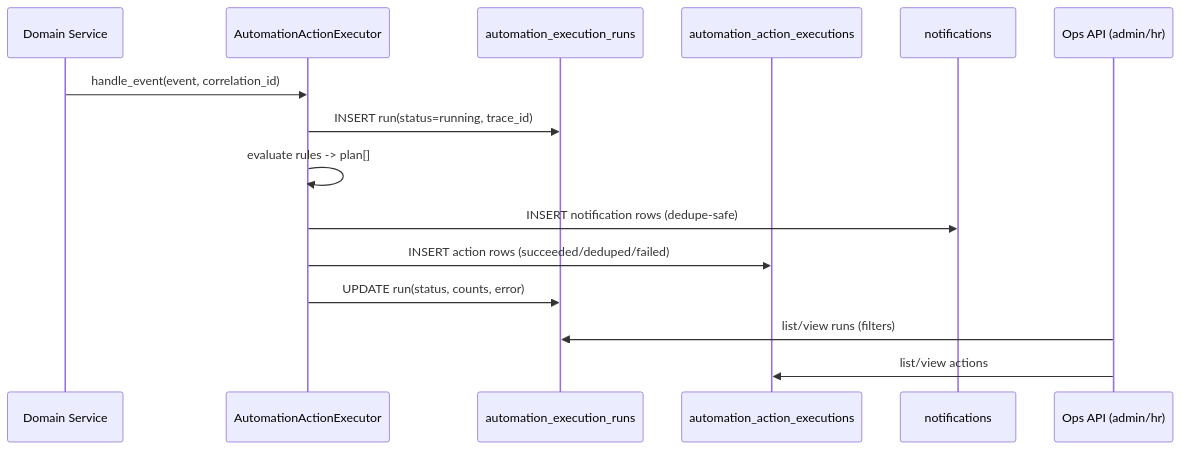
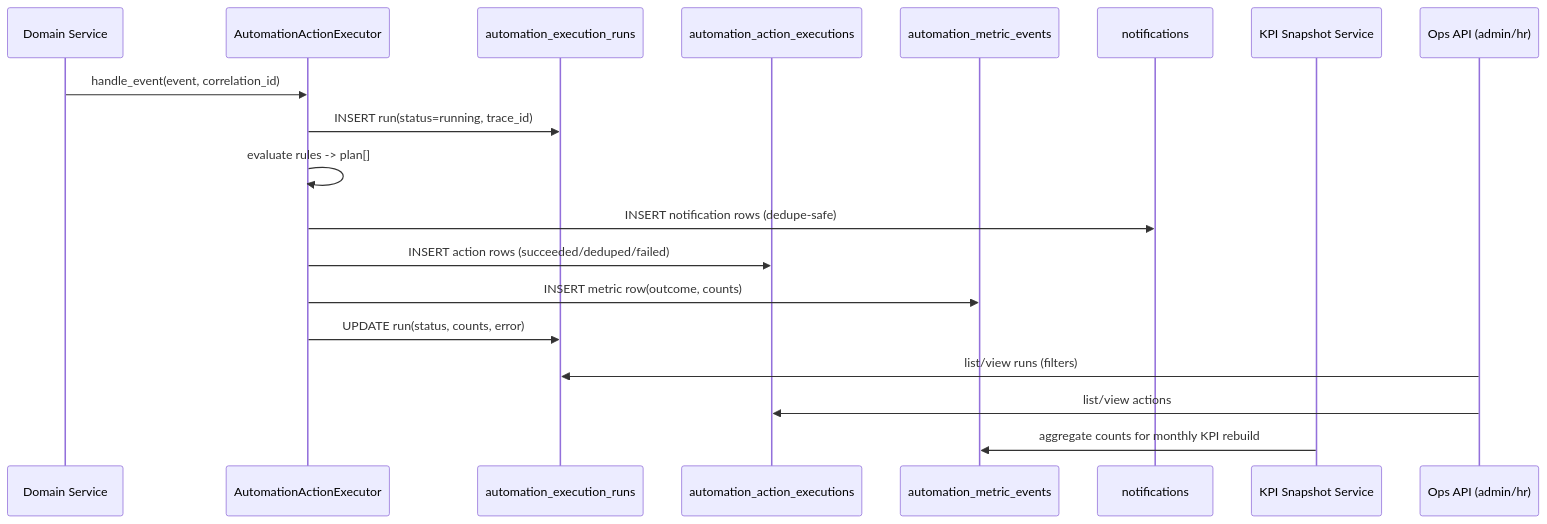
Diagram 28 of 28 in docs/architecture/diagrams.md (RubiFoc/hrm), drawn with Mermaid before and after one commit. The commit also changed other lines of this file and 31 other files, not shown here.

First line of the commit message:
TASK-08-04: automation KPI event stream (#132)

````diff
--- a/docs/architecture/diagrams.md
+++ b/docs/architecture/diagrams.md
@@ -1019,18 +1021,22 @@
 ```mermaid
 sequenceDiagram
   participant DOM as Domain Service
   participant EXEC as AutomationActionExecutor
   participant RUN as automation_execution_runs
   participant ACT as automation_action_executions
+  participant MET as automation_metric_events
   participant NOTIF as notifications
+  participant RPT as KPI Snapshot Service
   participant OPS as Ops API (admin/hr)
 
   DOM->>EXEC: handle_event(event, correlation_id)
   EXEC->>RUN: INSERT run(status=running, trace_id)
   EXEC->>EXEC: evaluate rules -> plan[]
   EXEC->>NOTIF: INSERT notification rows (dedupe-safe)
   EXEC->>ACT: INSERT action rows (succeeded/deduped/failed)
+  EXEC->>MET: INSERT metric row(outcome, counts)
   EXEC->>RUN: UPDATE run(status, counts, error)
   OPS->>RUN: list/view runs (filters)
   OPS->>ACT: list/view actions
+  RPT->>MET: aggregate counts for monthly KPI rebuild
 ```
````
